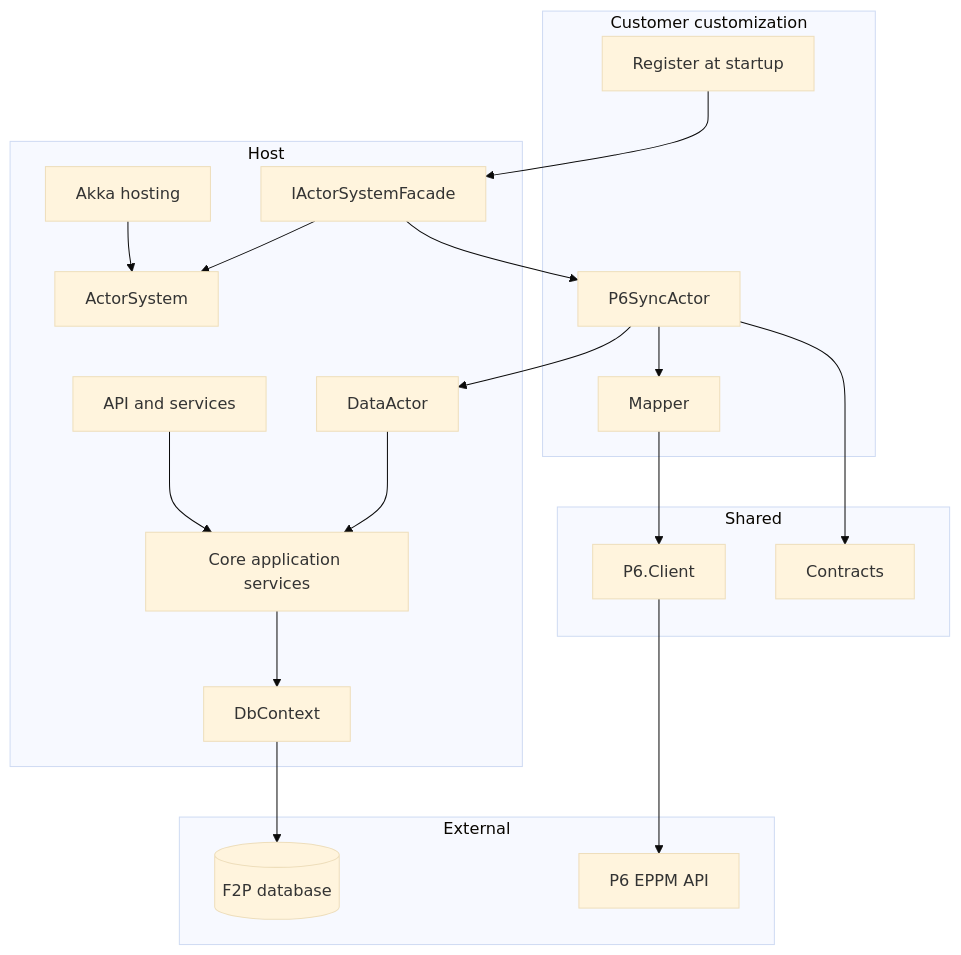
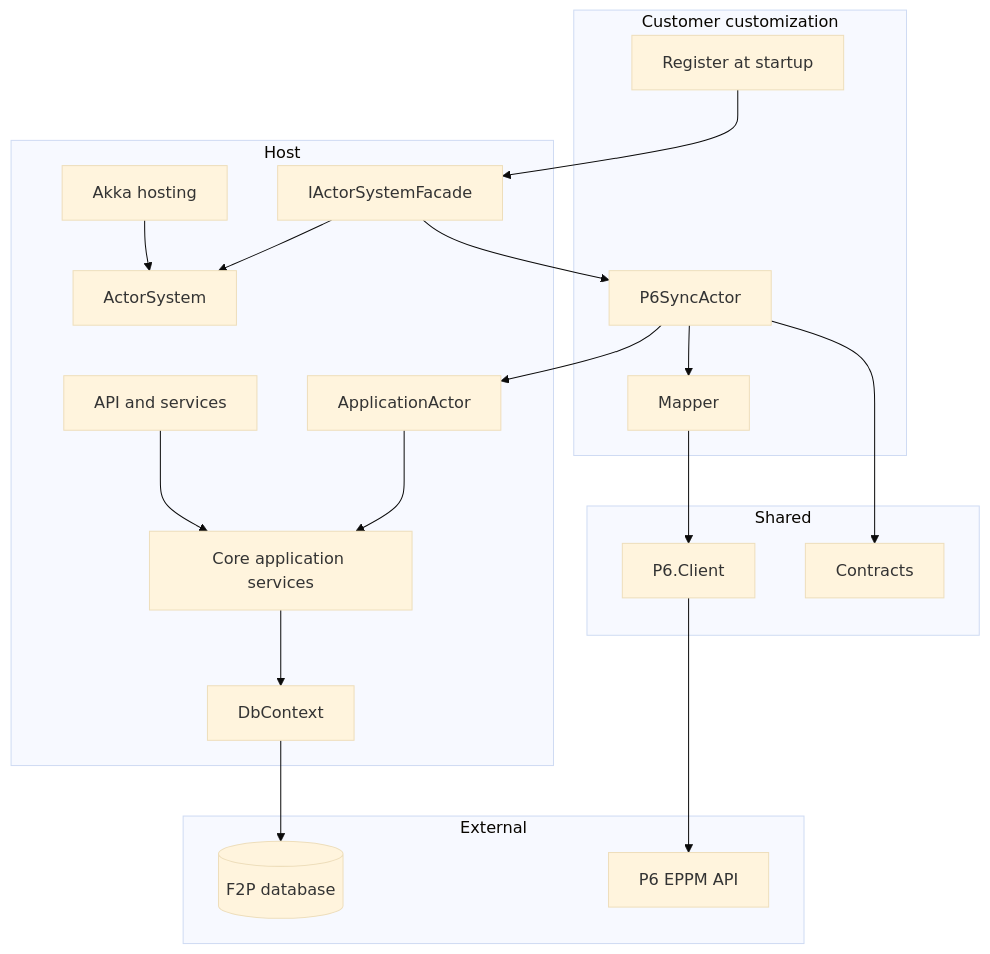
Before and after one commit to robbertF2P/Sandbox: the third of 6 diagrams in docs/floor2plan-akka-actor-integration-design.md, drawn with Mermaid (base theme). The commit also changed other lines of this file, not shown here.

Commit message:
Rename DataActor to ApplicationActor; add IoC and lifetime section

````diff
--- a/docs/floor2plan-akka-actor-integration-design.md
+++ b/docs/floor2plan-akka-actor-integration-design.md
@@ -75,38 +75,38 @@
 ```mermaid
 flowchart TB
   subgraph host["Host"]
     API["API and services"]
     SVC["Core application services"]
     EF["DbContext"]
     HOST["Akka hosting"]
     AS["ActorSystem"]
     FACADE["IActorSystemFacade"]
-    DATA_ACTOR["DataActor"]
+    APP_ACTOR["ApplicationActor"]
   end
 
   subgraph customer["Customer customization"]
     P6_ACTOR["P6SyncActor"]
     MAP["Mapper"]
     REG["Register at startup"]
   end
 
   subgraph shared["Shared"]
     P6_CLIENT["P6.Client"]
     CONTRACTS["Contracts"]
   end
 
   subgraph external["External"]
     DB[("F2P database")]
     P6API["P6 EPPM API"]
   end
 
   API --> SVC --> EF --> DB
   HOST --> AS
   FACADE --> AS
   FACADE --> P6_ACTOR
-  DATA_ACTOR --> SVC
+  APP_ACTOR --> SVC
   REG --> FACADE
   P6_ACTOR --> MAP --> P6_CLIENT --> P6API
-  P6_ACTOR --> DATA_ACTOR
+  P6_ACTOR --> APP_ACTOR
   P6_ACTOR --> CONTRACTS
 ```
````
